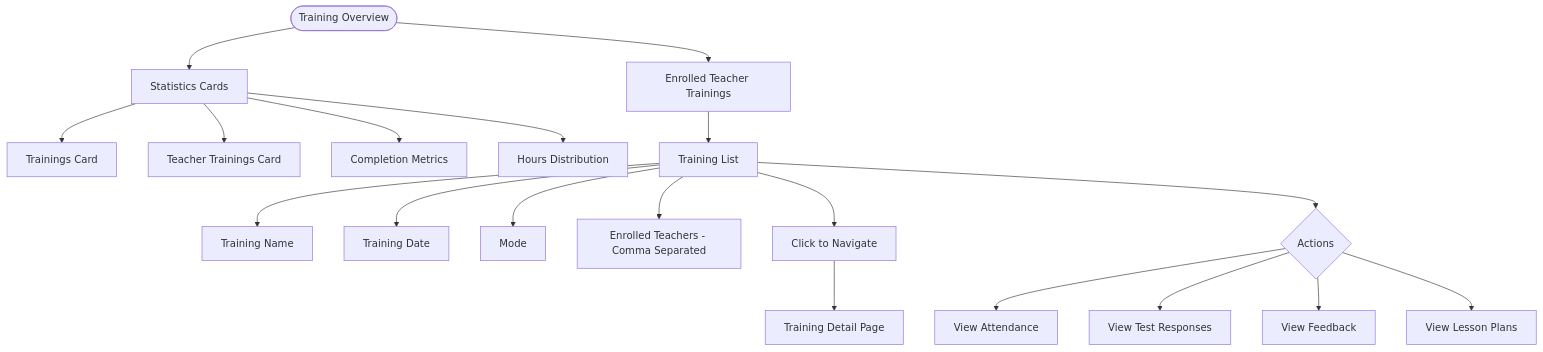
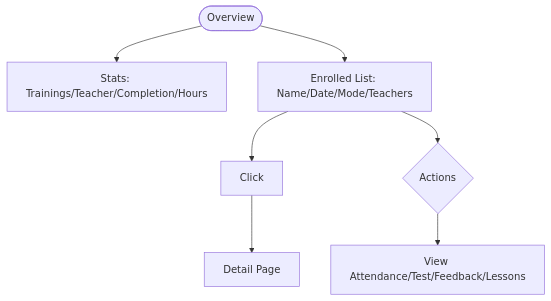
Diagram 11 of 49 in TRAINING_CALENDAR_FLOW_DIAGRAMS.md (gunjangupta-gh/placeintern), drawn with Mermaid before and after one commit. The commit also changed other lines of this file and 6 other files, not shown here.

````diff
--- a/TRAINING_CALENDAR_FLOW_DIAGRAMS.md
+++ b/TRAINING_CALENDAR_FLOW_DIAGRAMS.md
@@ -435,25 +190,8 @@
 ```mermaid
 flowchart TD
-    OVERVIEW([Training Overview]) --> STATS[Statistics Cards]
-
-    STATS --> TRAININGS[Trainings Card]
-    STATS --> TEACHER_TRAININGS[Teacher Trainings Card]
-    STATS --> COMPLETION[Completion Metrics]
-    STATS --> HOURS[Hours Distribution]
-
-    OVERVIEW --> ENROLLED[Enrolled Teacher Trainings]
-    ENROLLED --> LIST[Training List]
-    LIST --> TRAINING_NAME[Training Name]
-    LIST --> TRAINING_DATE[Training Date]
-    LIST --> MODE[Mode]
-    LIST --> ENROLLED_TEACH[Enrolled Teachers - Comma Separated]
-
-    LIST --> CLICK[Click to Navigate]
-    CLICK --> DETAIL_PAGE[Training Detail Page]
-
-    LIST --> ACTIONS{Actions}
-    ACTIONS --> VIEW_ATTEND[View Attendance]
-    ACTIONS --> VIEW_TEST[View Test Responses]
-    ACTIONS --> VIEW_FEEDBACK[View Feedback]
-    ACTIONS --> VIEW_LESSONS[View Lesson Plans]
+    A([Overview])-->B[Stats: Trainings/Teacher/Completion/Hours]
+    A-->C[Enrolled List: Name/Date/Mode/Teachers]
+    C-->D[Click]-->E[Detail Page]
+    C-->F{Actions}
+    F-->G[View Attendance/Test/Feedback/Lessons]
 ```
````
